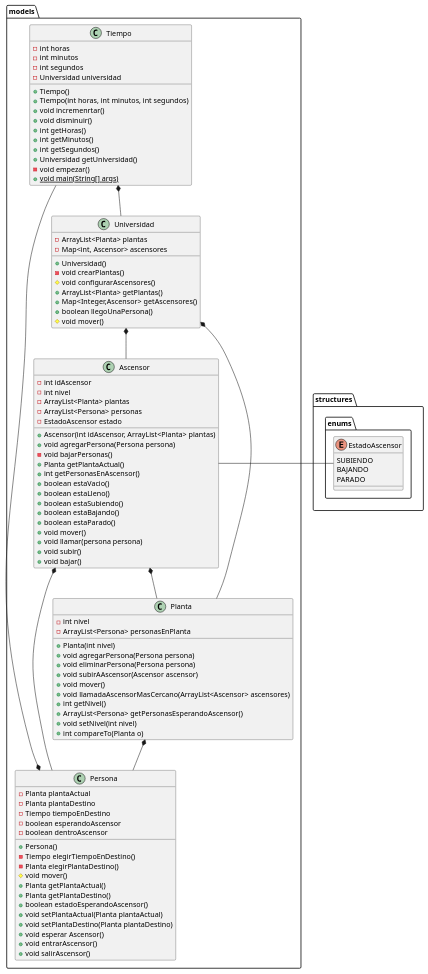
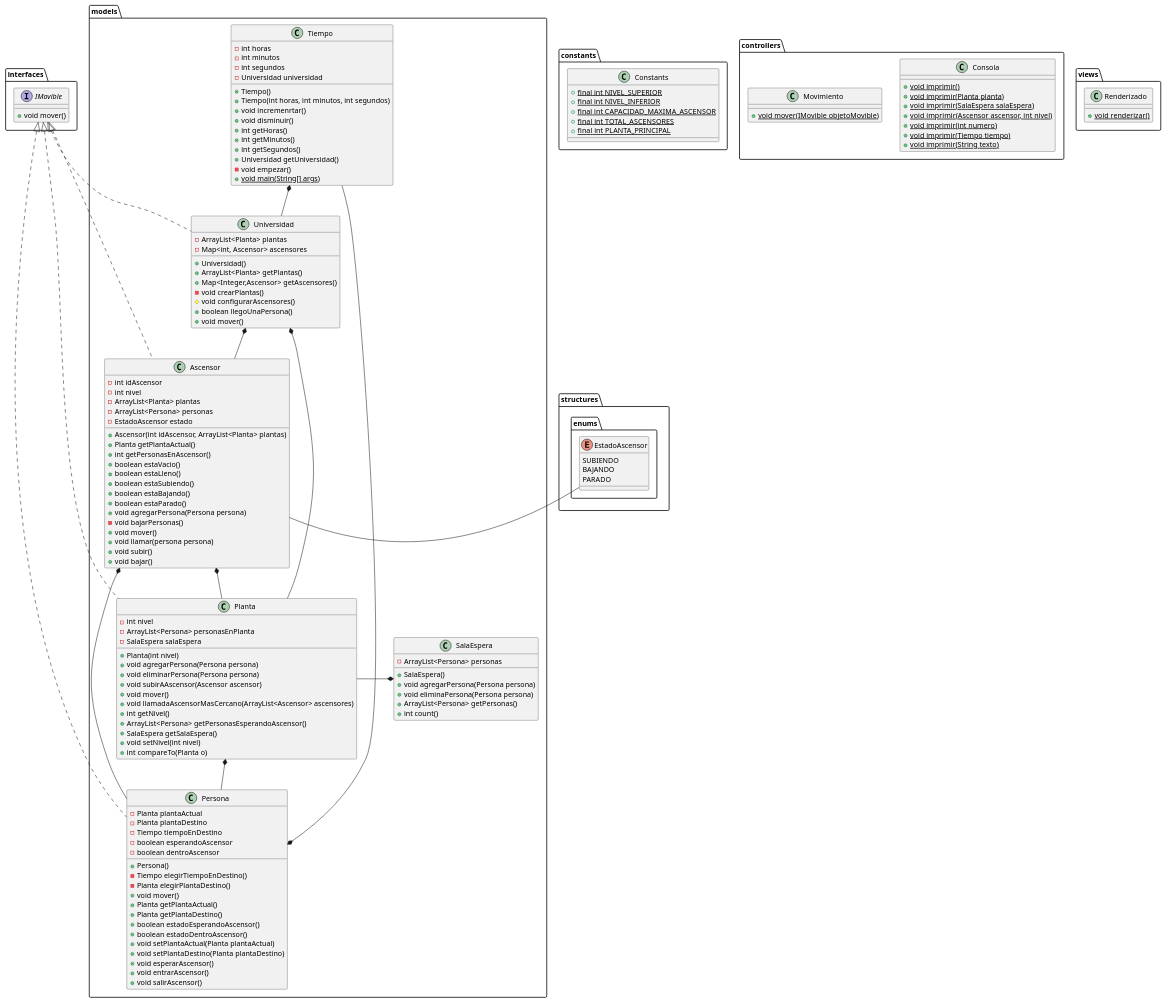
One commit to mmasias/IdSw2-22-23 changed the diagram in entregas/Grupo4/v2/ModeloDelDominio/diagramaDeClases.puml. Above: the diagram before and after it, drawn with PlantUML. The commit also changed 10 other files, not shown here.

Commit message:
chore: update code and diagrams to last version for final examn

```diff
--- a/entregas/Grupo4/v2/ModeloDelDominio/diagramaDeClases.puml
+++ b/entregas/Grupo4/v2/ModeloDelDominio/diagramaDeClases.puml
@@ -1,109 +1,150 @@
 @startuml modeloDelDominio
 
-class "models.Persona" {
+class "constants.Constants" {
+  + {static} final int NIVEL_SUPERIOR
+  + {static} final int NIVEL_INFERIOR
+  + {static} final int CAPACIDAD_MAXIMA_ASCENSOR
+  + {static} final int TOTAL_ASCENSORES
+  + {static} final int PLANTA_PRINCIPAL
+}
+
+class "controllers.Consola" {
+  + {static} void imprimir()
+  + {static} void imprimir(Planta planta)
+  + {static} void imprimir(SalaEspera salaEspera)
+  + {static} void imprimir(Ascensor ascensor, int nivel)
+  + {static} void imprimir(int numero)
+  + {static} void imprimir(Tiempo tiempo)
+  + {static} void imprimir(String texto)
+}
+
+class "controllers.Movimiento" {
+  + {static} void mover(IMovible objetoMovible)
+}
+
+interface "interfaces.IMovible" {
+  + void mover()
+}
+
+class "models.Persona" implements "interfaces.IMovible" {
     - Planta plantaActual
     - Planta plantaDestino
     - Tiempo tiempoEnDestino
     - boolean esperandoAscensor
     - boolean dentroAscensor
     + Persona()
     - Tiempo elegirTiempoEnDestino()
     - Planta elegirPlantaDestino()
-    # void mover()
+    + void mover()
     + Planta getPlantaActual()
     + Planta getPlantaDestino()
     + boolean estadoEsperandoAscensor()
+    + boolean estadoDentroAscensor()
     + void setPlantaActual(Planta plantaActual)
     + void setPlantaDestino(Planta plantaDestino)
-    + void esperar Ascensor()
+    + void esperarAscensor()
     + void entrarAscensor()
     + void salirAscensor()
-
 }
 
 enum "structures.enums.EstadoAscensor" {
     SUBIENDO
     BAJANDO
     PARADO
 }
 
 class "models.Tiempo" {
     - int horas
     - int minutos
     - int segundos 
     - Universidad universidad
     + Tiempo()
     + Tiempo(int horas, int minutos, int segundos)
     + void incremenrtar()
     + void disminuir()
     + int getHoras()
     + int getMinutos()
     + int getSegundos()
     + Universidad getUniversidad()
     - void empezar()
     + {static} void main(String[] args)
 }
 
 
-class "models.Planta" {
+class "models.Planta" implements "interfaces.IMovible" {
     - int nivel
     - ArrayList<Persona> personasEnPlanta
+    - SalaEspera salaEspera
     + Planta(int nivel)
     + void agregarPersona(Persona persona)
     + void eliminarPersona(Persona persona)
     + void subirAAscensor(Ascensor ascensor)
     + void mover()
     + void llamadaAscensorMasCercano(ArrayList<Ascensor> ascensores)
     + int getNivel()
     + ArrayList<Persona> getPersonasEsperandoAscensor()
+    + SalaEspera getSalaEspera()
     + void setNivel(int nivel)
     + int compareTo(Planta o)
-
 }
 
 
-class "models.Ascensor" {
+class "models.Ascensor" implements "interfaces.IMovible" {
     - int idAscensor
     - int nivel
     - ArrayList<Planta> plantas
     - ArrayList<Persona> personas
     - EstadoAscensor estado
-    + Ascensor(int idAscensor, ArrayList<Planta> plantas) 
-    + void agregarPersona(Persona persona)
-    - void bajarPersonas()
+    + Ascensor(int idAscensor, ArrayList<Planta> plantas)
     + Planta getPlantaActual()
     + int getPersonasEnAscensor()
     + boolean estaVacio()
     + boolean estaLleno()
     + boolean estaSubiendo()
     + boolean estaBajando()
-    + boolean estaParado()
+    + boolean estaParado() 
+    + void agregarPersona(Persona persona)
+    - void bajarPersonas()
     + void mover()
     + void llamar(persona persona)
     + void subir()
     + void bajar()
 }
 
 
-class "models.Universidad" {
+class "models.Universidad" implements "interfaces.IMovible" {
     - ArrayList<Planta> plantas
     - Map<int, Ascensor> ascensores
     + Universidad()
+    + ArrayList<Planta> getPlantas()
+    + Map<Integer,Ascensor> getAscensores()
     - void crearPlantas()
     # void configurarAscensores()
-    + ArrayList<Planta> getPlantas()
-    + Map<Integer,Ascensor> getAscensores()
     + boolean llegoUnaPersona()
-    # void mover()
+    + void mover()
+}
+
+class "models.SalaEspera" {
+  - ArrayList<Persona> personas
+  + SalaEspera()
+  + void agregarPersona(Persona persona)
+  + void eliminaPersona(Persona persona)
+  + ArrayList<Persona> getPersonas()
+  + int count()
+}
+
+class views.Renderizado {
+  + {static} void renderizar()
 }
 
 Ascensor *--d Persona 
 Ascensor *--d Planta 
 Ascensor ---r "structures.enums.EstadoAscensor"
 Universidad *-- Ascensor 
 Universidad *-- Planta
 Planta *--d Persona 
+SalaEspera *--l Planta
 Persona *---u Tiempo 
 Tiempo *--d Universidad
 
 @enduml
```
